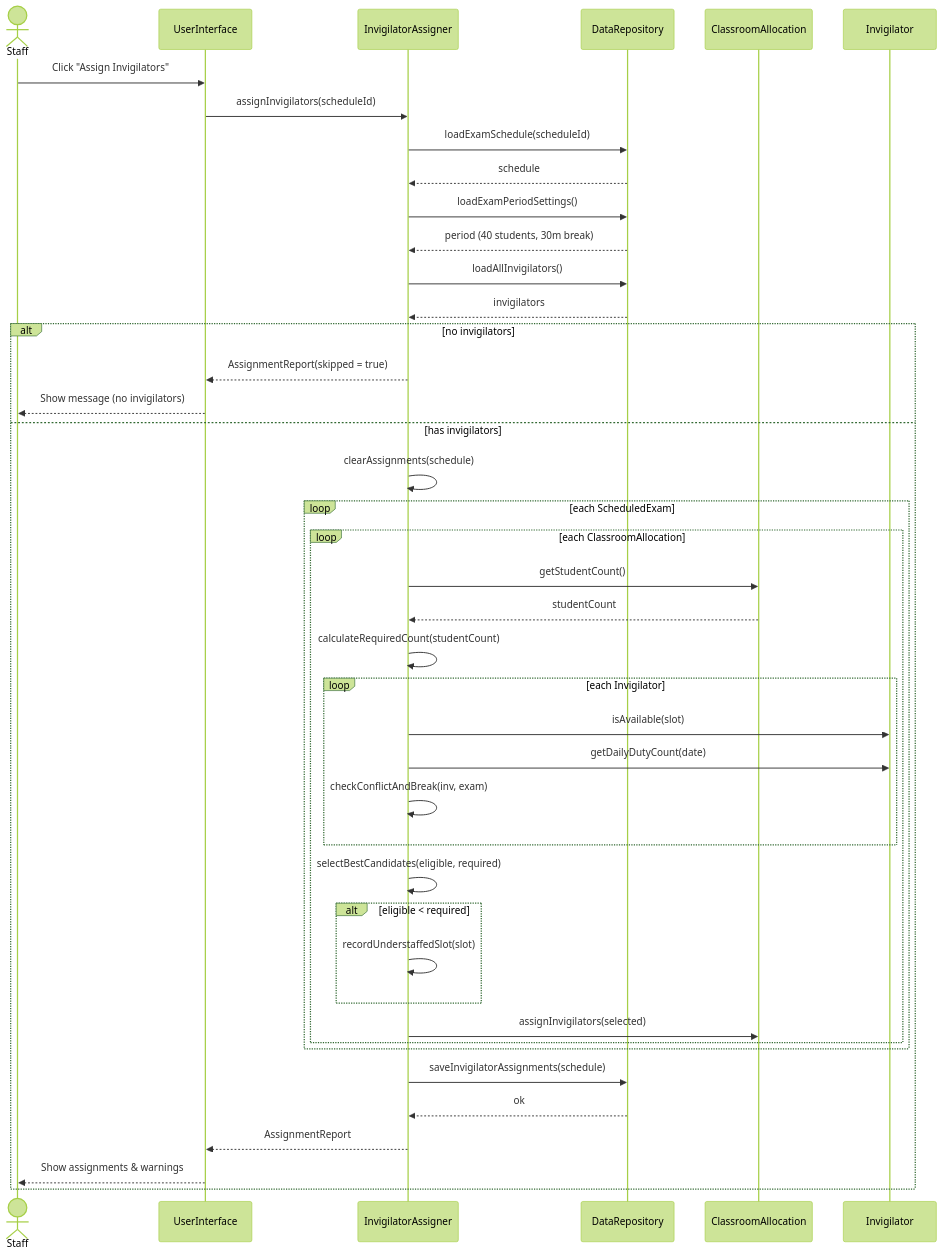
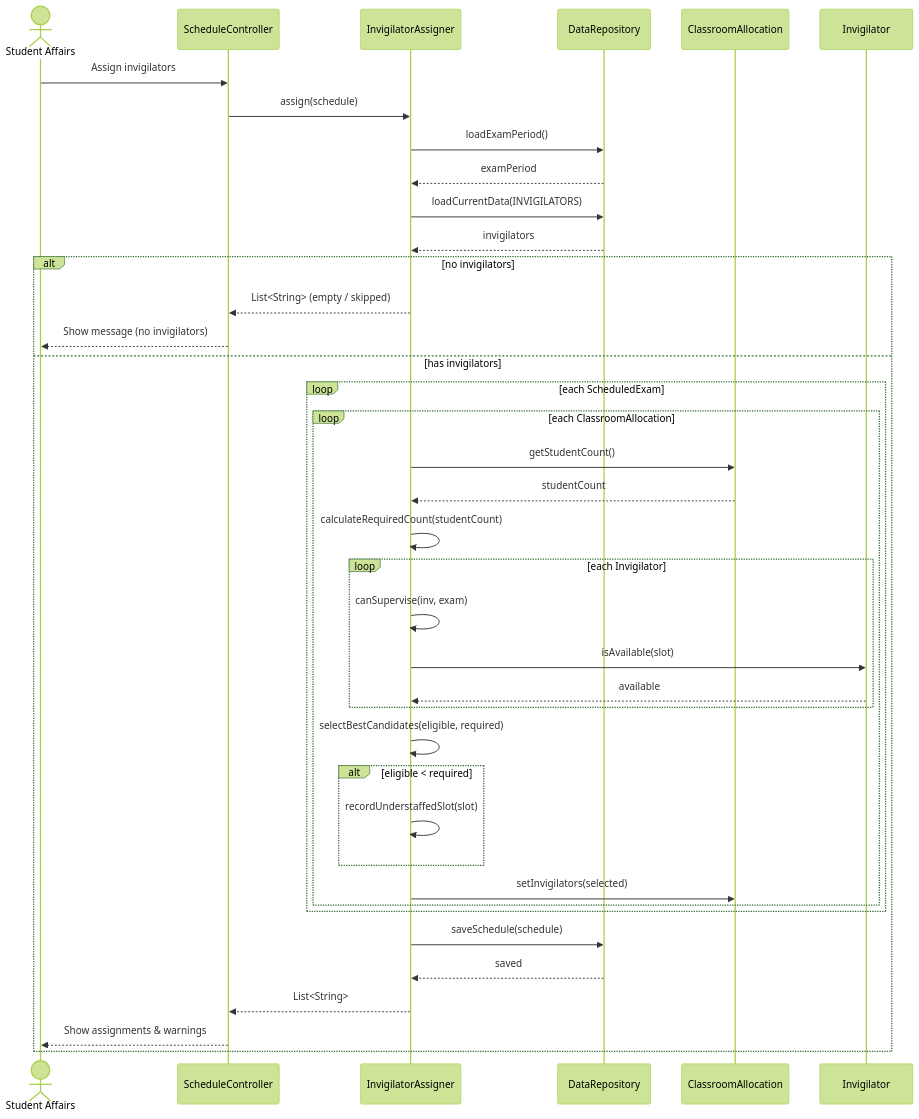
The diagram in docs/design/orhan/invigilator-sequence.mmd (orhanuser/SE302-Project-Team3), drawn with Mermaid (forest theme) before and after one commit.

Commit message:
Refactor invigilator assignment sequence diagram

```diff
--- a/docs/design/orhan/invigilator-sequence.mmd
+++ b/docs/design/orhan/invigilator-sequence.mmd
@@ -1,44 +1,41 @@
 sequenceDiagram
-    actor User as Staff
-    participant UI as UserInterface
+    actor User as Student Affairs
+    participant Controller as ScheduleController
     participant Assigner as InvigilatorAssigner
     participant Repo as DataRepository
     participant Alloc as ClassroomAllocation
     participant Inv as Invigilator
 
-    User->>UI: Click "Assign Invigilators"
-    UI->>Assigner: assignInvigilators(scheduleId)
-    Assigner->>Repo: loadExamSchedule(scheduleId)
-    Repo-->>Assigner: schedule
-    Assigner->>Repo: loadExamPeriodSettings()
-    Repo-->>Assigner: period (40 students, 30m break)
-    Assigner->>Repo: loadAllInvigilators()
+    User->>Controller: Assign invigilators
+    Controller->>Assigner: assign(schedule)
+    Assigner->>Repo: loadExamPeriod()
+    Repo-->>Assigner: examPeriod
+    Assigner->>Repo: loadCurrentData(INVIGILATORS)
     Repo-->>Assigner: invigilators
 
     alt no invigilators
-        Assigner-->>UI: AssignmentReport(skipped = true)
-        UI-->>User: Show message (no invigilators)
+        Assigner-->>Controller: List<String> (empty / skipped)
+        Controller-->>User: Show message (no invigilators)
     else has invigilators
-        Assigner->>Assigner: clearAssignments(schedule)
         loop each ScheduledExam
             loop each ClassroomAllocation
                 Assigner->>Alloc: getStudentCount()
                 Alloc-->>Assigner: studentCount
                 Assigner->>Assigner: calculateRequiredCount(studentCount)
                 loop each Invigilator
+                    Assigner->>Assigner: canSupervise(inv, exam)
                     Assigner->>Inv: isAvailable(slot)
-                    Assigner->>Inv: getDailyDutyCount(date)
-                    Assigner->>Assigner: checkConflictAndBreak(inv, exam)
+                    Inv-->>Assigner: available
                 end
                 Assigner->>Assigner: selectBestCandidates(eligible, required)
                 alt eligible < required
                     Assigner->>Assigner: recordUnderstaffedSlot(slot)
                 end
-                Assigner->>Alloc: assignInvigilators(selected)
+                Assigner->>Alloc: setInvigilators(selected)
             end
         end
-        Assigner->>Repo: saveInvigilatorAssignments(schedule)
-        Repo-->>Assigner: ok
-        Assigner-->>UI: AssignmentReport
-        UI-->>User: Show assignments & warnings
+        Assigner->>Repo: saveSchedule(schedule)
+        Repo-->>Assigner: saved
+        Assigner-->>Controller: List<String>
+        Controller-->>User: Show assignments & warnings
     end
```
